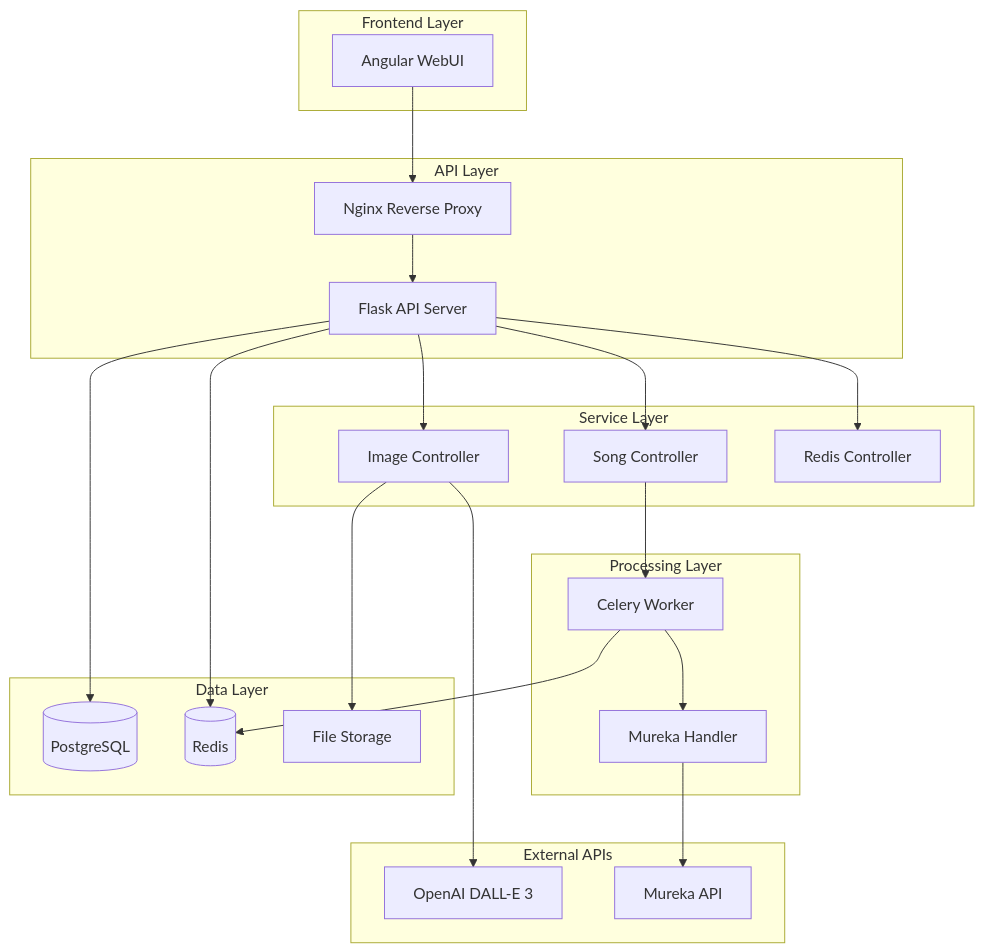
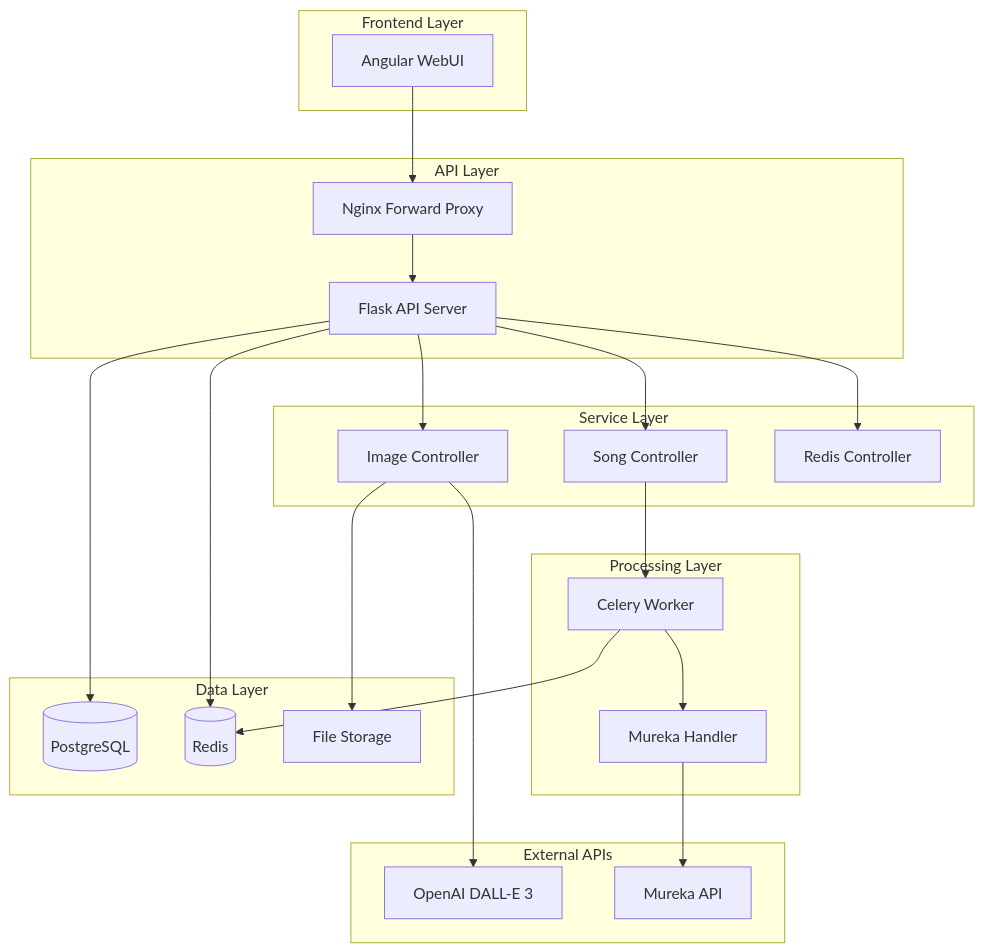
One commit to rwellinger/thwelly_ai_tools changed the diagram in docs/5.1_systemuebersicht.mmd. Above: the diagram before and after it, drawn with Mermaid. The commit also changed 9 other files, not shown here.

```diff
--- a/docs/5.1_systemuebersicht.mmd
+++ b/docs/5.1_systemuebersicht.mmd
@@ -1,47 +1,47 @@
 graph TB
     subgraph "Frontend Layer"
         UI[Angular WebUI]
     end
 
     subgraph "API Layer"
-        Proxy[Nginx Reverse Proxy]
+        Proxy[Nginx Forward Proxy]
         API[Flask API Server]
     end
 
     subgraph "Service Layer"
         IMG[Image Controller]
         SONG[Song Controller]
         REDIS[Redis Controller]
     end
 
     subgraph "Processing Layer"
         CELERY[Celery Worker]
         MUREKA[Mureka Handler]
     end
 
     subgraph "Data Layer"
         PG[(PostgreSQL)]
         RD[(Redis)]
         FILES[File Storage]
     end
 
     subgraph "External APIs"
         OPENAI[OpenAI DALL-E 3]
         MRK[Mureka API]
     end
 
     UI --> Proxy
     Proxy --> API
     API --> IMG
     API --> SONG
     API --> REDIS
 
     IMG --> OPENAI
     SONG --> CELERY
     CELERY --> MUREKA
     MUREKA --> MRK
 
     API --> PG
     API --> RD
     CELERY --> RD
     IMG --> FILES
```
